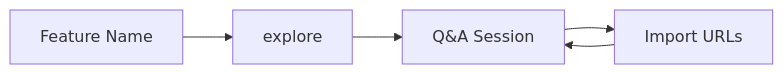
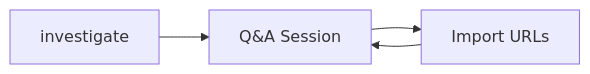
The eighth of 8 diagrams in README.md (tkykenmt/opensearch-feature-explorer), drawn with Mermaid before and after one commit. The commit also changed other lines of this file and 4 other files, not shown here.

````diff
--- a/README.md
+++ b/README.md
@@ -195,7 +200,6 @@
 ```mermaid
 flowchart LR
-    A[Feature Name] --> B[explore]
-    B --> C[Q&A Session]
-    C --> D[Import URLs]
-    D --> C
+    A[investigate] --> B[Q&A Session]
+    B --> C[Import URLs]
+    C --> B
 ```
````
